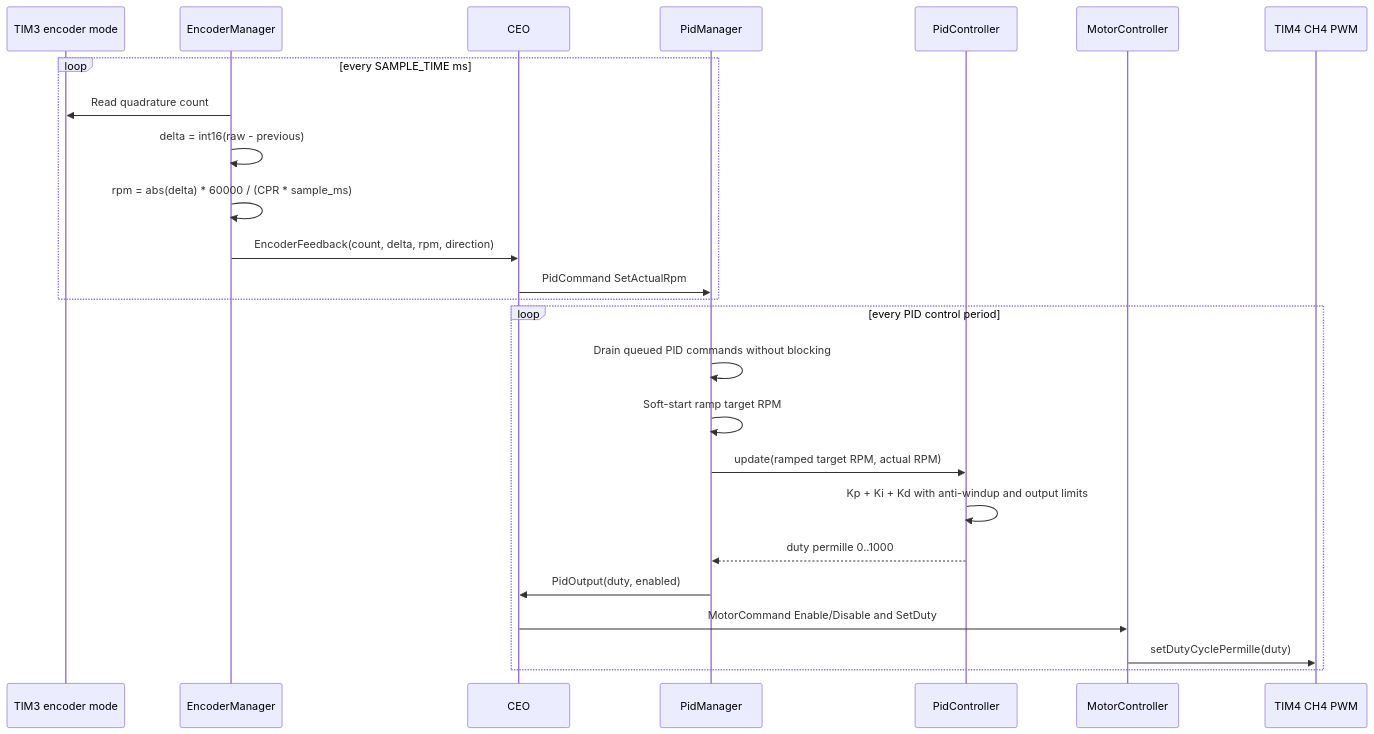
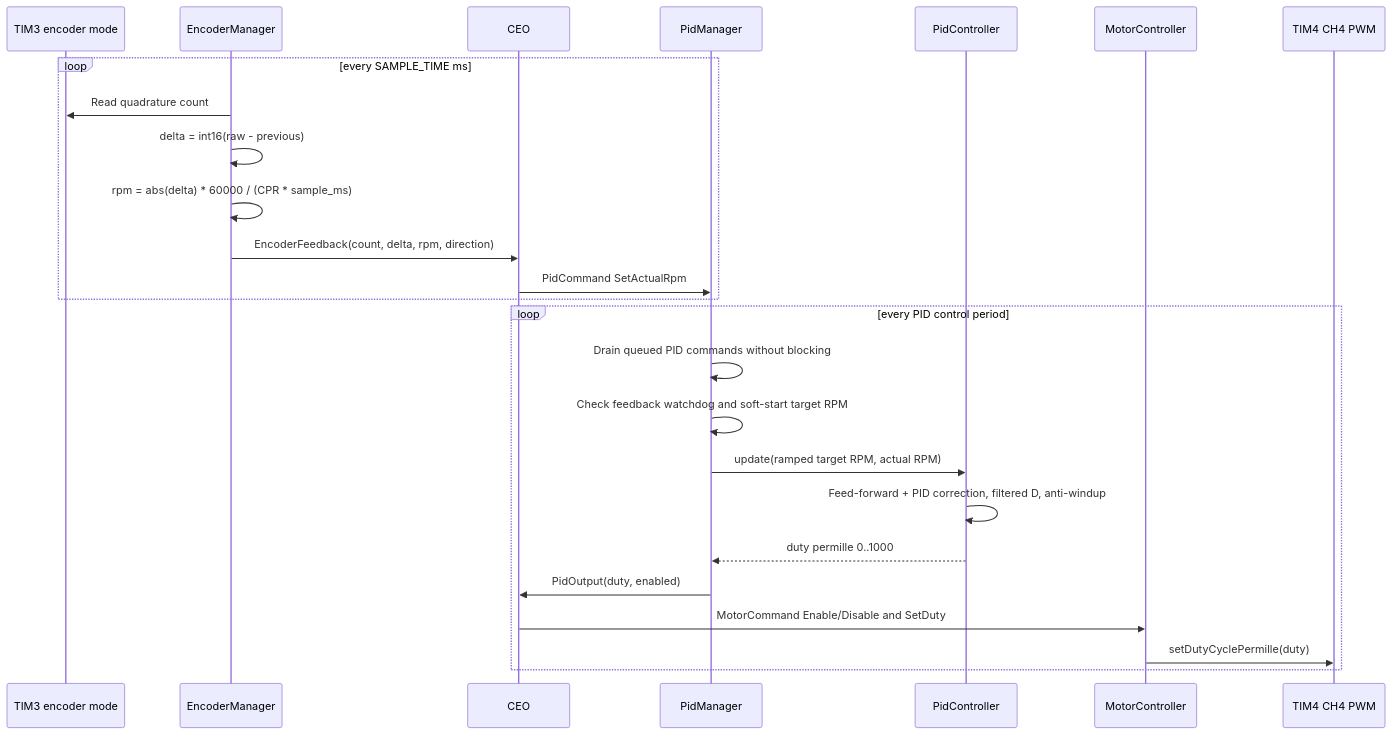
The third of 6 diagrams in docs_architecture.md (thanhduong8457/stm32f4), drawn with Mermaid before and after one commit. The commit also changed other lines of this file and 14 other files, not shown here.

````diff
--- a/docs_architecture.md
+++ b/docs_architecture.md
@@ -161,29 +163,29 @@
 ```mermaid
 sequenceDiagram
     participant EncoderHw as TIM3 encoder mode
     participant Encoder as EncoderManager
     participant Director as CEO
     participant PIDMgr as PidManager
     participant PID as PidController
     participant Motor as MotorController
     participant PWM as TIM4 CH4 PWM
 
     loop every SAMPLE_TIME ms
         Encoder->>EncoderHw: Read quadrature count
         Encoder->>Encoder: delta = int16(raw - previous)
         Encoder->>Encoder: rpm = abs(delta) * 60000 / (CPR * sample_ms)
         Encoder->>Director: EncoderFeedback(count, delta, rpm, direction)
         Director->>PIDMgr: PidCommand SetActualRpm
     end
 
     loop every PID control period
         PIDMgr->>PIDMgr: Drain queued PID commands without blocking
-        PIDMgr->>PIDMgr: Soft-start ramp target RPM
+        PIDMgr->>PIDMgr: Check feedback watchdog and soft-start target RPM
         PIDMgr->>PID: update(ramped target RPM, actual RPM)
-        PID->>PID: Kp + Ki + Kd with anti-windup and output limits
+        PID->>PID: Feed-forward + PID correction, filtered D, anti-windup
         PID-->>PIDMgr: duty permille 0..1000
         PIDMgr->>Director: PidOutput(duty, enabled)
         Director->>Motor: MotorCommand Enable/Disable and SetDuty
         Motor->>PWM: setDutyCyclePermille(duty)
     end
 ```
````
